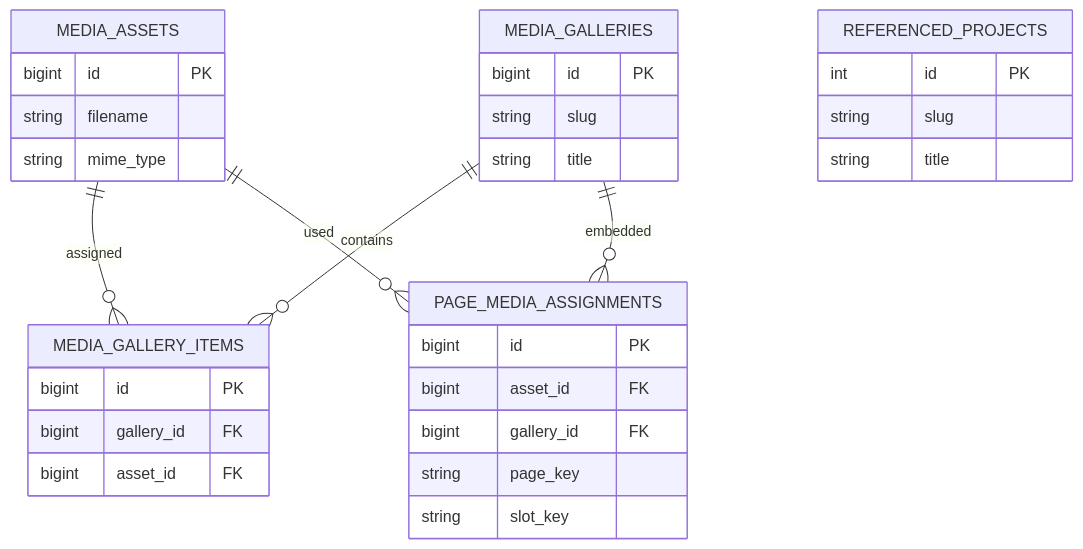
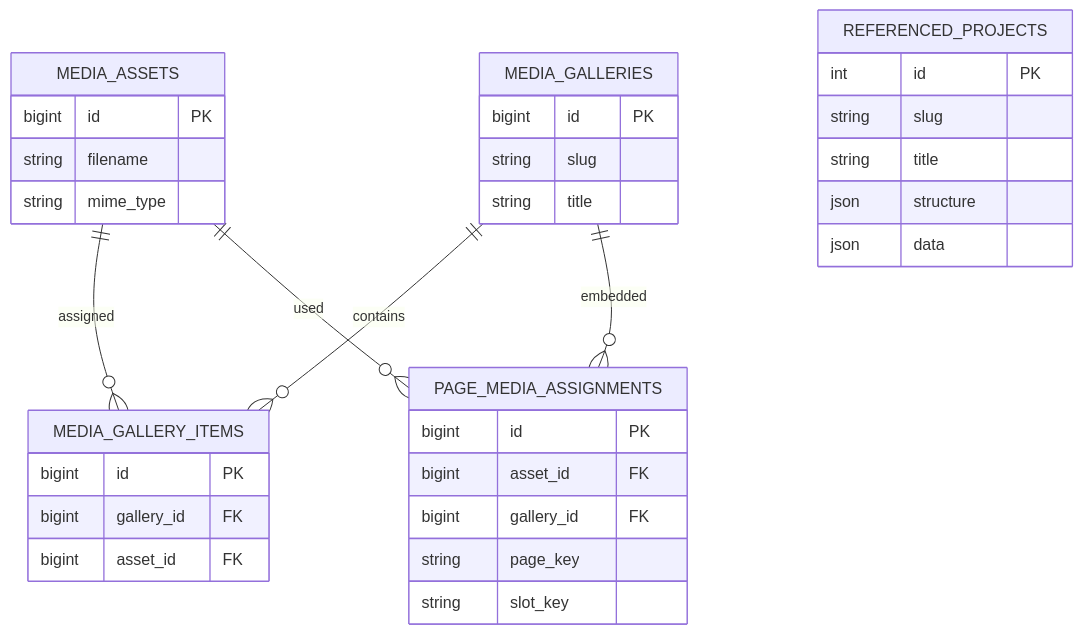
The diagram in docs/ER_Medienverwaltung_CMS.md (christoph-henz/Henz-Software-Website), drawn with Mermaid before and after one commit. The commit also changed other lines of this file and 18 other files, not shown here.

````diff
--- a/docs/ER_Medienverwaltung_CMS.md
+++ b/docs/ER_Medienverwaltung_CMS.md
@@ -1,43 +1,45 @@
 ```mermaid
 erDiagram
 
     MEDIA_ASSETS {
         bigint id PK
         string filename
         string mime_type
     }
 
     MEDIA_GALLERIES {
         bigint id PK
         string slug
         string title
     }
 
     MEDIA_GALLERY_ITEMS {
         bigint id PK
         bigint gallery_id FK
         bigint asset_id FK
     }
 
     PAGE_MEDIA_ASSIGNMENTS {
         bigint id PK
         bigint asset_id FK
         bigint gallery_id FK
         string page_key
         string slot_key
     }
 
     REFERENCED_PROJECTS {
         int id PK
         string slug
         string title
+        json structure
+        json data
     }
 
     MEDIA_GALLERIES ||--o{ MEDIA_GALLERY_ITEMS : contains
 
     MEDIA_ASSETS ||--o{ MEDIA_GALLERY_ITEMS : assigned
 
     MEDIA_ASSETS ||--o{ PAGE_MEDIA_ASSIGNMENTS : used
 
     MEDIA_GALLERIES ||--o{ PAGE_MEDIA_ASSIGNMENTS : embedded
 ```
````
